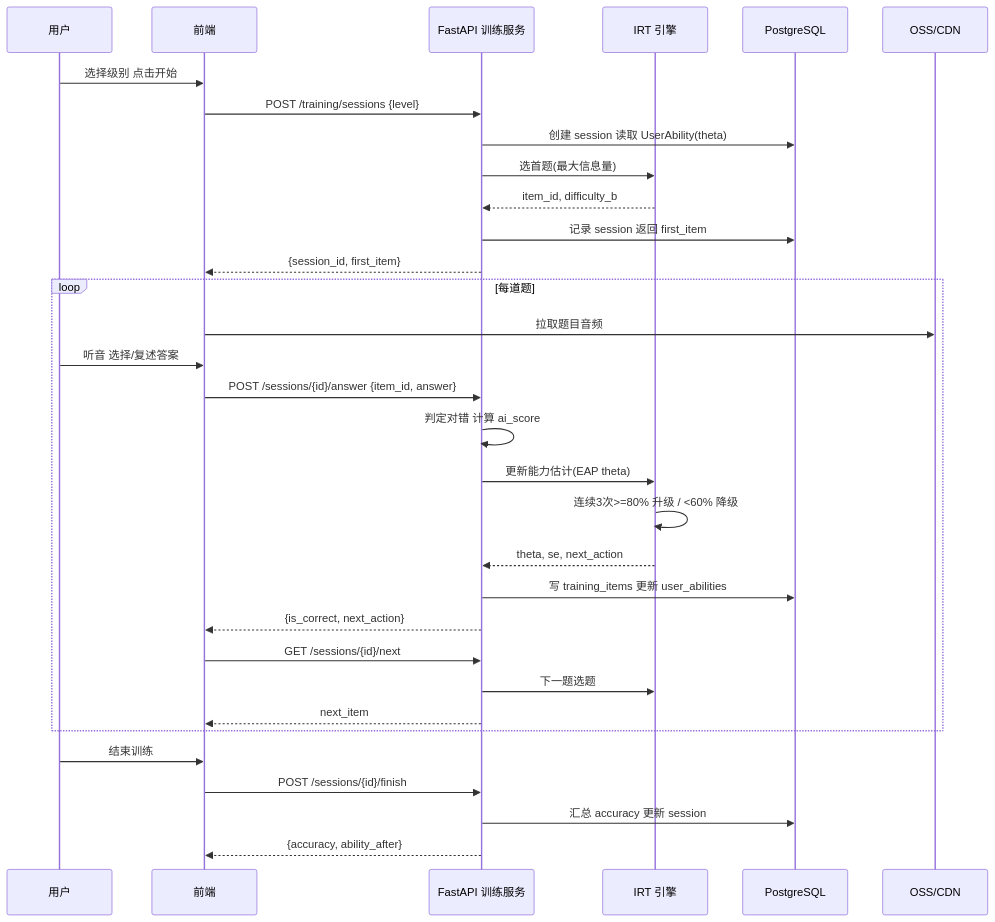
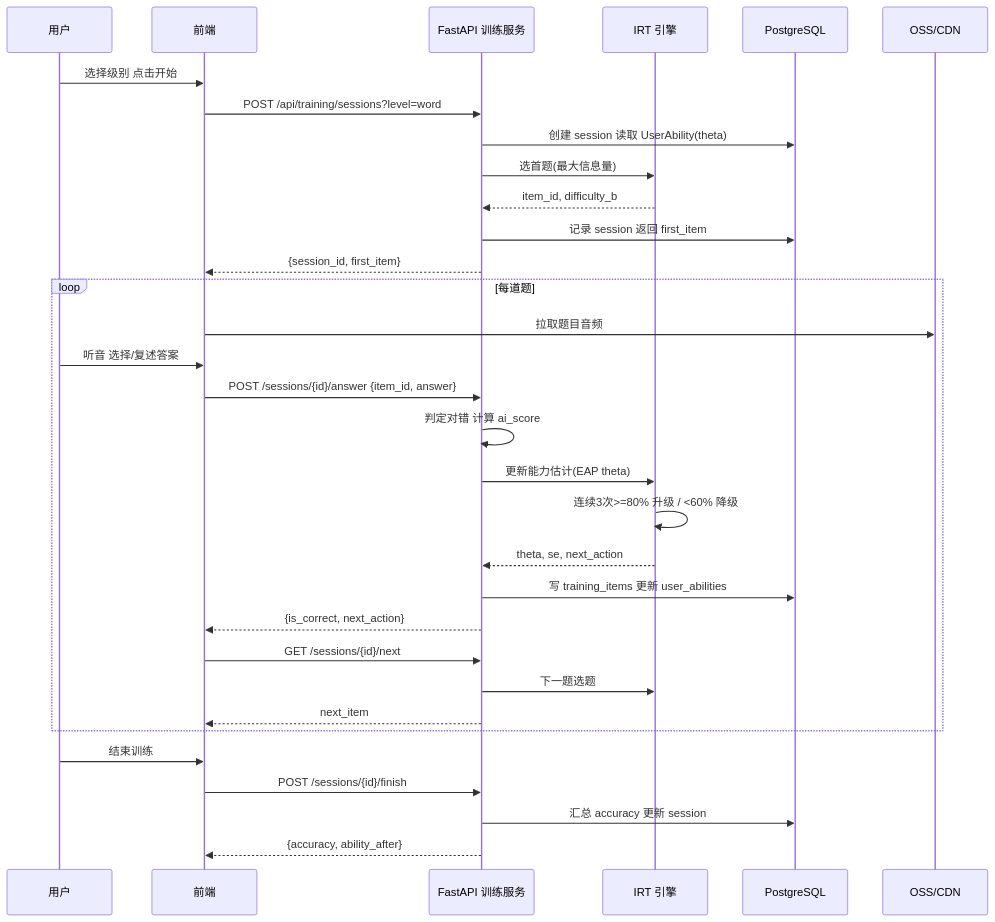
Before and after one commit to chenfei462/ai-hearing-rehabilitation: the third of 5 diagrams in system_design.md, drawn with Mermaid. The commit also changed other lines of this file and 157 other files, not shown here.

````diff
--- a/system_design.md
+++ b/system_design.md
@@ -472,35 +468,35 @@
 ```mermaid
 sequenceDiagram
     participant U as 用户
     participant FE as 前端
     participant API as FastAPI 训练服务
     participant IRT as IRT 引擎
     participant DB as PostgreSQL
     participant OSS as OSS/CDN
 
     U->>FE: 选择级别 点击开始
-    FE->>API: POST /training/sessions {level}
+    FE->>API: POST /api/training/sessions?level=word
     API->>DB: 创建 session 读取 UserAbility(theta)
     API->>IRT: 选首题(最大信息量)
     IRT-->>API: item_id, difficulty_b
     API->>DB: 记录 session 返回 first_item
     API-->>FE: {session_id, first_item}
     loop 每道题
         FE->>OSS: 拉取题目音频
         U->>FE: 听音 选择/复述答案
         FE->>API: POST /sessions/{id}/answer {item_id, answer}
         API->>API: 判定对错 计算 ai_score
         API->>IRT: 更新能力估计(EAP theta)
         IRT->>IRT: 连续3次>=80% 升级 / <60% 降级
         IRT-->>API: theta, se, next_action
         API->>DB: 写 training_items 更新 user_abilities
         API-->>FE: {is_correct, next_action}
         FE->>API: GET /sessions/{id}/next
         API->>IRT: 下一题选题
         API-->>FE: next_item
     end
     U->>FE: 结束训练
     FE->>API: POST /sessions/{id}/finish
     API->>DB: 汇总 accuracy 更新 session
     API-->>FE: {accuracy, ability_after}
 ```
````
